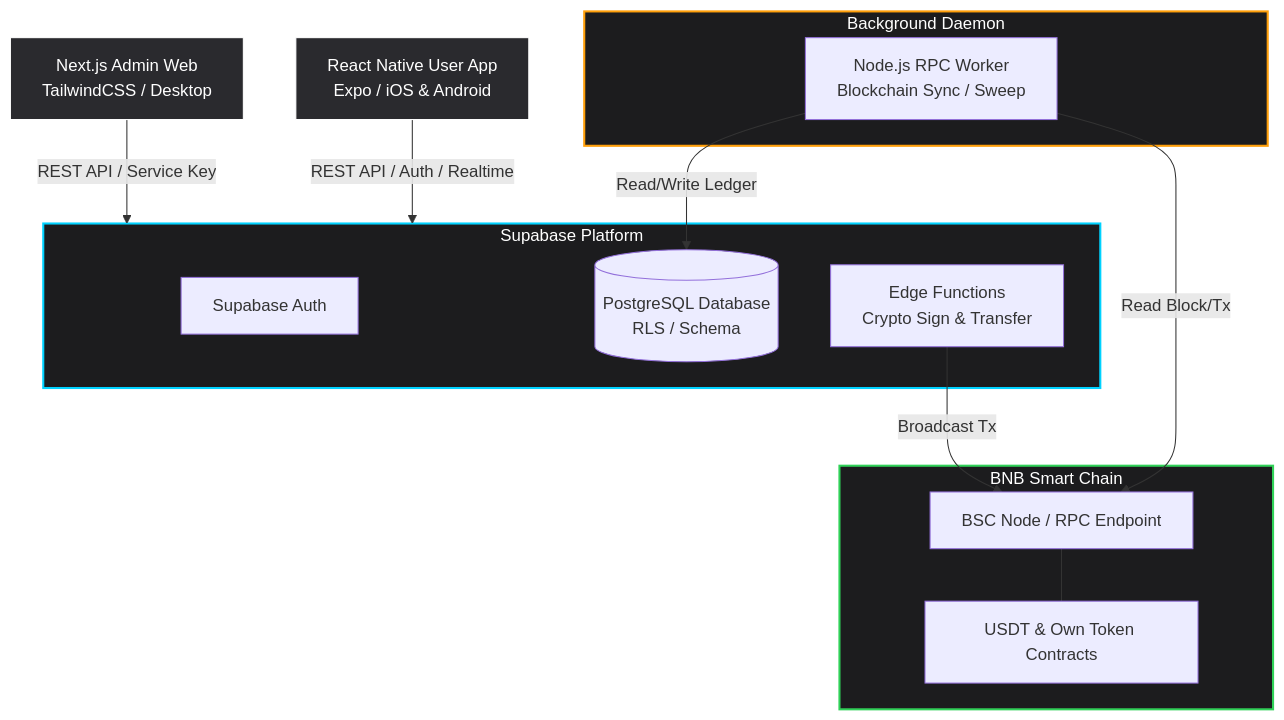
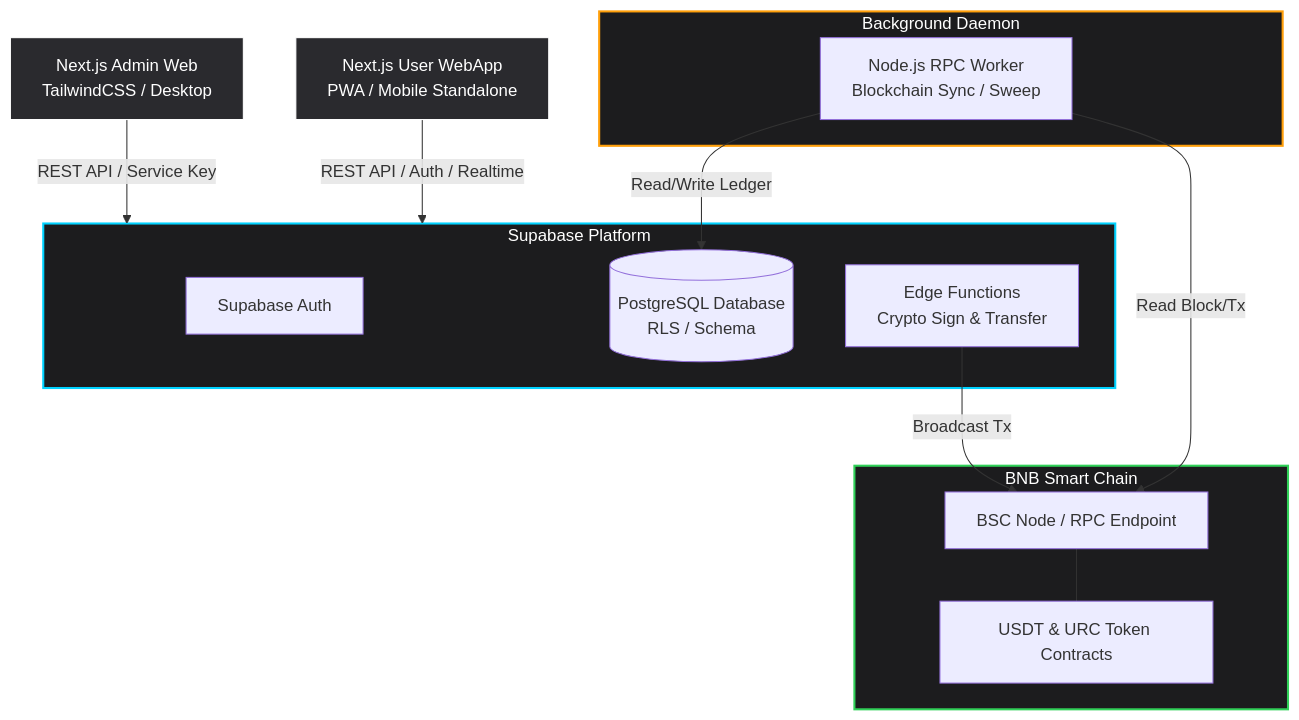
The first of 5 diagrams in README.md (ibnetsoft/wallet), drawn with Mermaid before and after one commit. The commit also changed other lines of this file and 2 other files, not shown here.

Commit message:
docs: Change architecture to Next.js PWA & Define 369 sponsor pass-up logic

````diff
--- a/README.md
+++ b/README.md
@@ -22,38 +22,38 @@
 ```mermaid
 graph TD
     %% Nodes
-    RN[React Native User App<br/>Expo / iOS & Android]
+    UserWeb[Next.js User WebApp<br/>PWA / Mobile Standalone]
     Next[Next.js Admin Web<br/>TailwindCSS / Desktop]
     
     subgraph Supabase [Supabase Platform]
         Auth[Supabase Auth]
         DB[(PostgreSQL Database<br/>RLS / Schema)]
         EF[Edge Functions<br/>Crypto Sign & Transfer]
     end
 
     subgraph Backend_Worker [Background Daemon]
         Worker[Node.js RPC Worker<br/>Blockchain Sync / Sweep]
     end
 
     subgraph Blockchain [BNB Smart Chain]
         RPC[BSC Node / RPC Endpoint]
-        Contract[USDT & Own Token Contracts]
+        Contract[USDT & URC Token Contracts]
     end
 
     %% Connections
-    RN -->|REST API / Auth / Realtime| Supabase
+    UserWeb -->|REST API / Auth / Realtime| Supabase
     Next -->|REST API / Service Key| Supabase
     
     Worker -->|Read/Write Ledger| DB
     Worker -->|Read Block/Tx| RPC
     EF -->|Broadcast Tx| RPC
     
     RPC --- Contract
     
     %% Style
     style Supabase fill:#1C1C1E,stroke:#00D2FF,stroke-width:2px,color:#fff
     style Backend_Worker fill:#1C1C1E,stroke:#FF9F0A,stroke-width:2px,color:#fff
     style Blockchain fill:#1C1C1E,stroke:#30D158,stroke-width:2px,color:#fff
-    style RN fill:#2A2A2E,stroke:#fff,color:#fff
+    style UserWeb fill:#2A2A2E,stroke:#fff,color:#fff
     style Next fill:#2A2A2E,stroke:#fff,color:#fff
 ```
````
